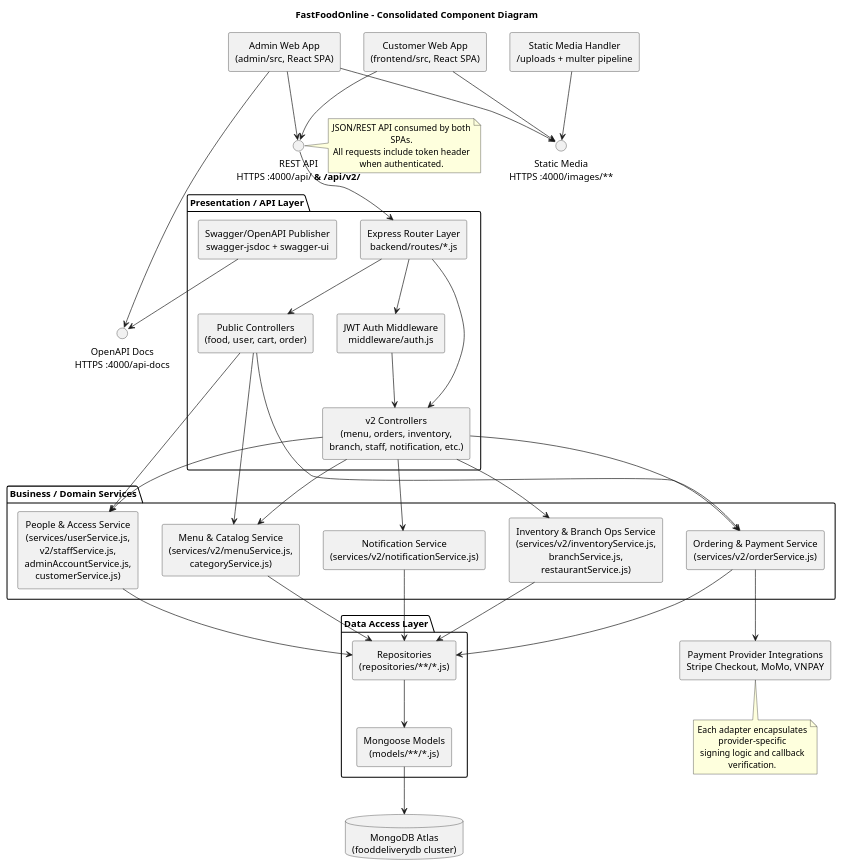
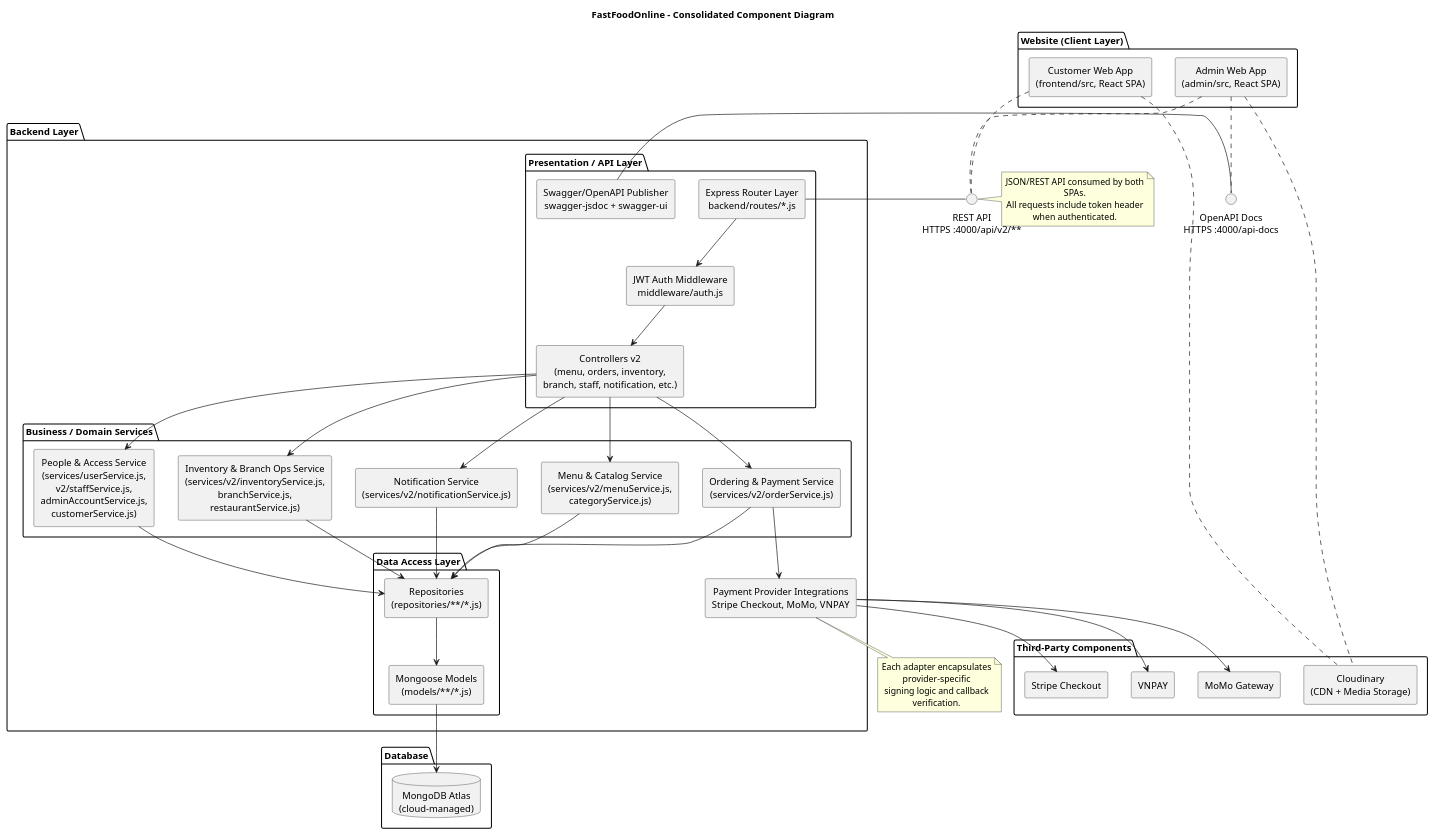
The diagram in docs/component-details/overall-website-component.puml (ntquoctien/FastFoodOnline), drawn with PlantUML before and after one commit. The commit also changed 4926 other files, not shown here.

Commit message:
add Cloudinary and Component

```diff
--- a/docs/component-details/overall-website-component.puml
+++ b/docs/component-details/overall-website-component.puml
@@ -1,87 +1,99 @@
 @startuml
 skinparam componentStyle rectangle
 skinparam shadowing false
 skinparam wrapWidth 220
 skinparam defaultTextAlignment center
 
-title FastFoodOnline – Consolidated Component Diagram
+title FastFoodOnline - Consolidated Component Diagram
 
-component "Customer Web App\n(frontend/src, React SPA)" as CustomerApp
-component "Admin Web App\n(admin/src, React SPA)" as AdminApp
+package "Website (Client Layer)" {
+  component "Customer Web App\n(frontend/src, React SPA)" as CustomerApp
+  component "Admin Web App\n(admin/src, React SPA)" as AdminApp
+}
 
-interface "REST API\nHTTPS :4000/api/** & /api/v2/**" as RestPort
-interface "Static Media\nHTTPS :4000/images/**" as MediaPort
+interface "REST API\nHTTPS :4000/api/v2/**" as RestPort
 interface "OpenAPI Docs\nHTTPS :4000/api-docs" as DocsPort
 
-CustomerApp --> RestPort
-AdminApp --> RestPort
-CustomerApp --> MediaPort
-AdminApp --> MediaPort
-AdminApp --> DocsPort
+' Clients require interfaces (socket)
+CustomerApp .. RestPort
+AdminApp .. RestPort
+AdminApp .. DocsPort
 
-package "Presentation / API Layer" {
-  component "Express Router Layer\nbackend/routes/*.js" as Router
-  component "JWT Auth Middleware\nmiddleware/auth.js" as Auth
-  component "Public Controllers\n(food, user, cart, order)" as ControllersV1
-  component "v2 Controllers\n(menu, orders, inventory,\nbranch, staff, notification, etc.)" as ControllersV2
-  component "Swagger/OpenAPI Publisher\nswagger-jsdoc + swagger-ui" as Swagger
-}
+package "Backend Layer" {
+  package "Presentation / API Layer" {
+    component "Express Router Layer\nbackend/routes/*.js" as Router
+    component "JWT Auth Middleware\nmiddleware/auth.js" as Auth
+    component "Controllers v2\n(menu, orders, inventory,\nbranch, staff, notification, etc.)" as ControllersV2
+    component "Swagger/OpenAPI Publisher\nswagger-jsdoc + swagger-ui" as Swagger
+  }
 
-RestPort --> Router
-Router --> Auth
-Router --> ControllersV1
-Router --> ControllersV2
-Auth --> ControllersV2
+  ' Router provides REST API
+  Router - RestPort
+  ' Request flow: Router -> Auth -> Controllers
+  Router --> Auth
+  Auth --> ControllersV2
 
-package "Business / Domain Services" {
-  component "Menu & Catalog Service\n(services/v2/menuService.js,\ncategoryService.js)" as MenuSvc
-  component "Ordering & Payment Service\n(services/v2/orderService.js)" as OrderSvc
-  component "Inventory & Branch Ops Service\n(services/v2/inventoryService.js,\nbranchService.js,\nrestaurantService.js)" as InventorySvc
-  component "People & Access Service\n(services/userService.js,\nv2/staffService.js,\nadminAccountService.js,\ncustomerService.js)" as PeopleSvc
-  component "Notification Service\n(services/v2/notificationService.js)" as NotificationSvc
-}
+  package "Business / Domain Services" {
+    component "Menu & Catalog Service\n(services/v2/menuService.js,\ncategoryService.js)" as MenuSvc
+    component "Ordering & Payment Service\n(services/v2/orderService.js)" as OrderSvc
+    component "Inventory & Branch Ops Service\n(services/v2/inventoryService.js,\nbranchService.js,\nrestaurantService.js)" as InventorySvc
+    component "People & Access Service\n(services/userService.js,\nv2/staffService.js,\nadminAccountService.js,\ncustomerService.js)" as PeopleSvc
+    component "Notification Service\n(services/v2/notificationService.js)" as NotificationSvc
+  }
 
-ControllersV1 --> MenuSvc
-ControllersV1 --> OrderSvc
-ControllersV1 --> PeopleSvc
-ControllersV2 --> MenuSvc
-ControllersV2 --> OrderSvc
-ControllersV2 --> InventorySvc
-ControllersV2 --> PeopleSvc
-ControllersV2 --> NotificationSvc
+  ControllersV2 --> MenuSvc
+  ControllersV2 --> OrderSvc
+  ControllersV2 --> InventorySvc
+  ControllersV2 --> PeopleSvc
+  ControllersV2 --> NotificationSvc
 
-package "Data Access Layer" {
-  component "Repositories\n(repositories/**/*.js)" as Repos
-  component "Mongoose Models\n(models/**/*.js)" as Models
-}
+  package "Data Access Layer" {
+    component "Repositories\n(repositories/**/*.js)" as Repos
+    component "Mongoose Models\n(models/**/*.js)" as Models
+  }
 
-MenuSvc --> Repos
-OrderSvc --> Repos
-InventorySvc --> Repos
-PeopleSvc --> Repos
-NotificationSvc --> Repos
+  MenuSvc --> Repos
+  OrderSvc --> Repos
+  InventorySvc --> Repos
+  PeopleSvc --> Repos
+  NotificationSvc --> Repos
 
-Repos --> Models
+  Repos --> Models
 
-database "MongoDB Atlas\n(fooddeliverydb cluster)" as Mongo
-Models --> Mongo
-
-component "Static Media Handler\n/uploads + multer pipeline" as MediaHandler
-MediaHandler --> MediaPort
-
-Swagger --> DocsPort
+  ' Swagger provides docs
+  Swagger - DocsPort
 
 component "Payment Provider Integrations\nStripe Checkout, MoMo, VNPAY" as PaymentAdapters
 OrderSvc --> PaymentAdapters
+}
+
+package "Third-Party Components" {
+  component "Stripe Checkout" as Stripe
+  component "MoMo Gateway" as Momo
+  component "VNPAY" as Vnpay
+  component "Cloudinary\n(CDN + Media Storage)" as Cloudinary
+}
+
+PaymentAdapters --> Stripe
+PaymentAdapters --> Momo
+PaymentAdapters --> Vnpay
+CustomerApp .. Cloudinary
+AdminApp .. Cloudinary
+
+package "Database" {
+  database "MongoDB Atlas\n(cloud-managed)" as Mongo
+}
+
+Models --> Mongo
 
 note right of RestPort
   JSON/REST API consumed by both SPAs.
   All requests include token header when authenticated.
 end note
 
 note bottom of PaymentAdapters
   Each adapter encapsulates provider-specific
   signing logic and callback verification.
 end note
 
 @enduml
```
